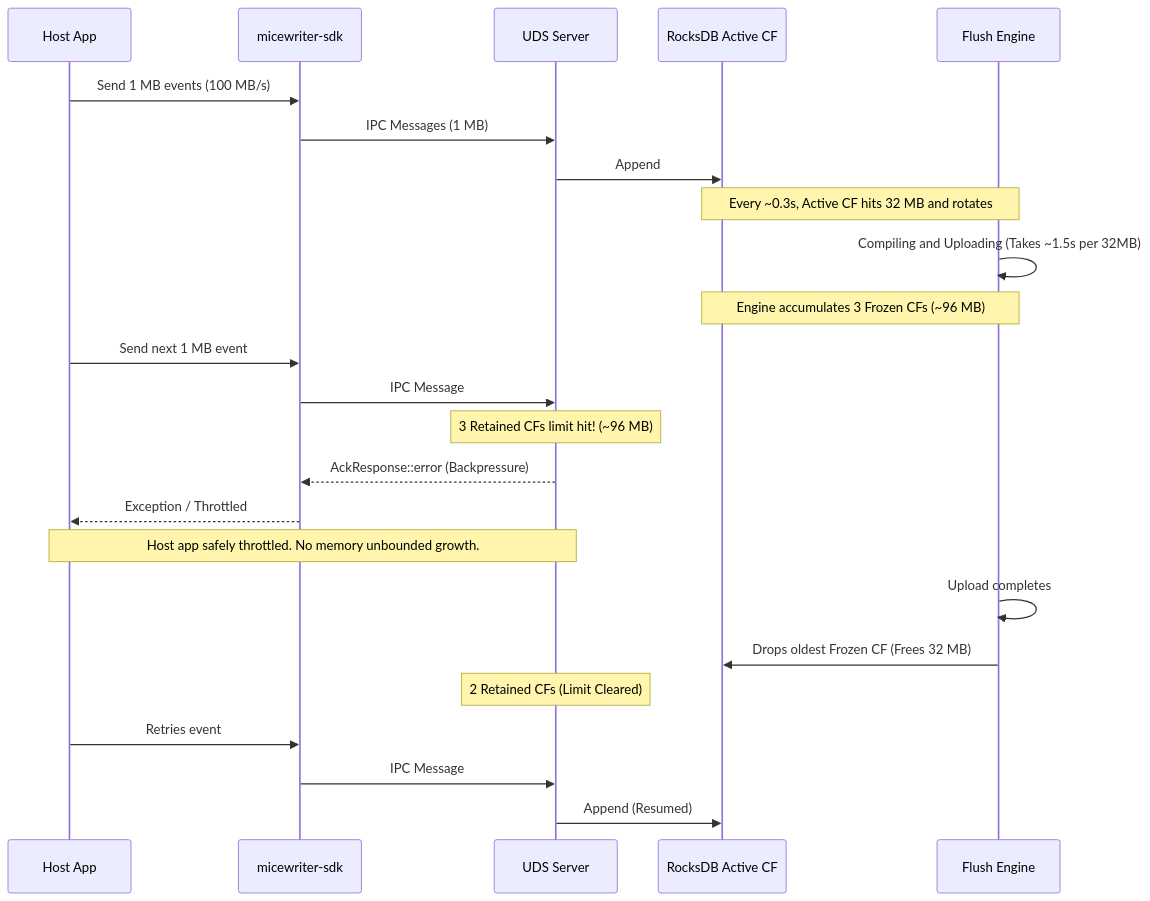
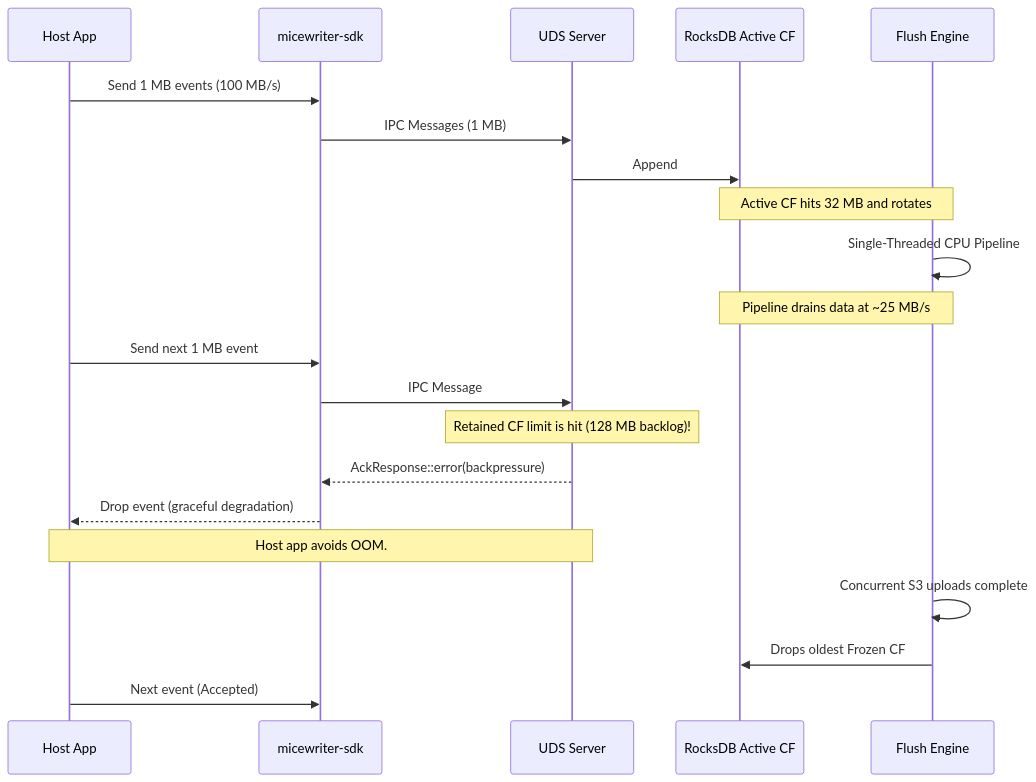
Before and after one commit to markovarghese/micewriter-hub: the second of 2 diagrams in docs/limits-and-backpressure.md, drawn with Mermaid. The commit also changed other lines of this file and 2 other files, not shown here.

Commit message:
docs: update limits and throughput models to reflect single-core pipelining behavior

````diff
--- a/docs/limits-and-backpressure.md
+++ b/docs/limits-and-backpressure.md
@@ -99,26 +99,23 @@
 ```mermaid
 sequenceDiagram
     participant App as Host App
     participant SDK as micewriter-sdk
     participant UDS as UDS Server
     participant ActiveCF as RocksDB Active CF
     participant Flush as Flush Engine
     App->>SDK: Send 1 MB events (100 MB/s)
     SDK->>UDS: IPC Messages (1 MB)
     UDS->>ActiveCF: Append
-    Note over ActiveCF,Flush: Every ~0.3s, Active CF hits 32 MB and rotates
-    Flush->>Flush: Compiling and Uploading (Takes ~1.5s per 32MB)
-    Note over ActiveCF,Flush: Engine accumulates 3 Frozen CFs (~96 MB)
+    Note over ActiveCF,Flush: Active CF hits 32 MB and rotates
+    Flush->>Flush: Single-Threaded CPU Pipeline
+    Note over ActiveCF,Flush: Pipeline drains data at ~25 MB/s
     App->>SDK: Send next 1 MB event
     SDK->>UDS: IPC Message
-    Note over UDS: 3 Retained CFs limit hit! (~96 MB)
-    UDS-->>SDK: AckResponse::error (Backpressure)
-    SDK-->>App: Exception / Throttled
-    Note over App,UDS: Host app safely throttled. No memory unbounded growth.
-    Flush->>Flush: Upload completes
-    Flush->>ActiveCF: Drops oldest Frozen CF (Frees 32 MB)
-    Note over UDS: 2 Retained CFs (Limit Cleared)
-    App->>SDK: Retries event
-    SDK->>UDS: IPC Message
-    UDS->>ActiveCF: Append (Resumed)
+    Note over UDS: Retained CF limit is hit (128 MB backlog)!
+    UDS-->>SDK: AckResponse::error(backpressure)
+    SDK-->>App: Drop event (graceful degradation)
+    Note over App,UDS: Host app avoids OOM.
+    Flush->>Flush: Concurrent S3 uploads complete
+    Flush->>ActiveCF: Drops oldest Frozen CF
+    App->>SDK: Next event (Accepted)
 ```
````
